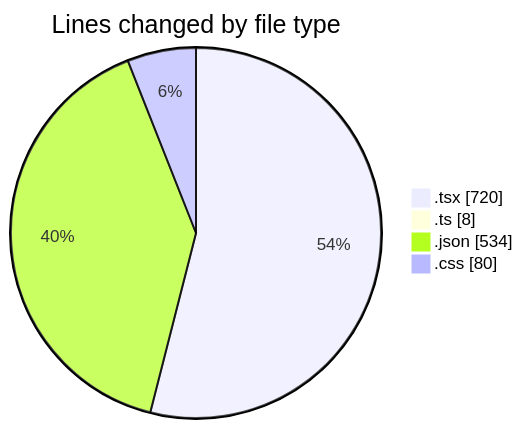
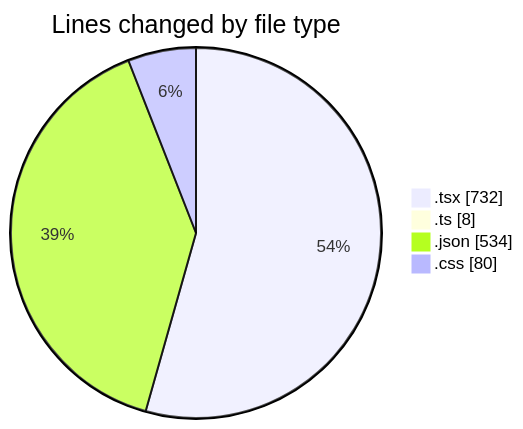
The first of 2 diagrams in 2025-08-02/tw-server/README.md (EIIisD/code-tracking), drawn with Mermaid before and after one commit. The commit also changed other lines of this file and 1 other file, not shown here.

````diff
--- a/2025-08-02/tw-server/README.md
+++ b/2025-08-02/tw-server/README.md
@@ -25,8 +25,8 @@
 ```mermaid
 pie showData
 title Lines changed by file type
-".tsx" : 720
+".tsx" : 732
 ".ts" : 8
 ".json" : 534
 ".css" : 80
 ```
````
